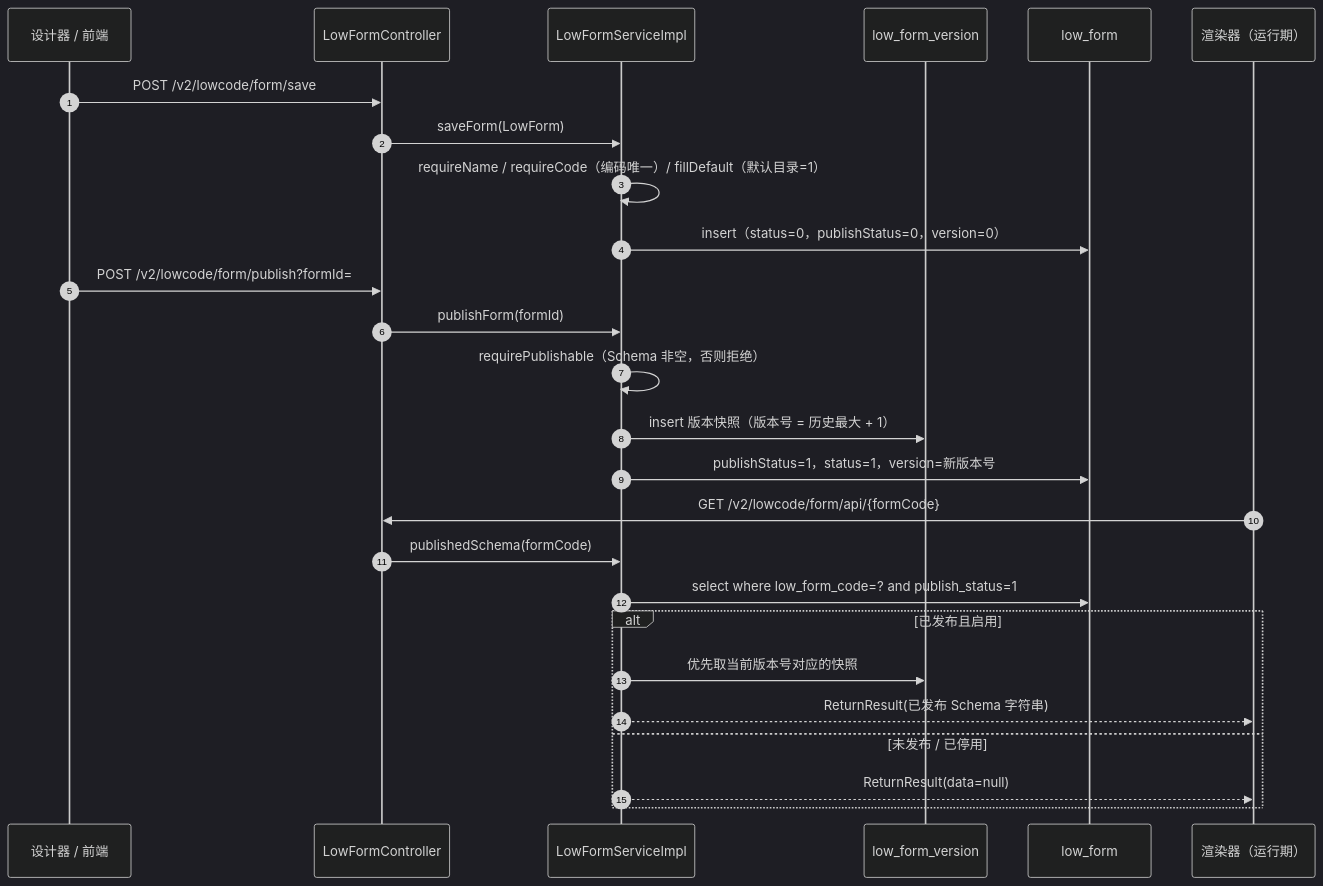
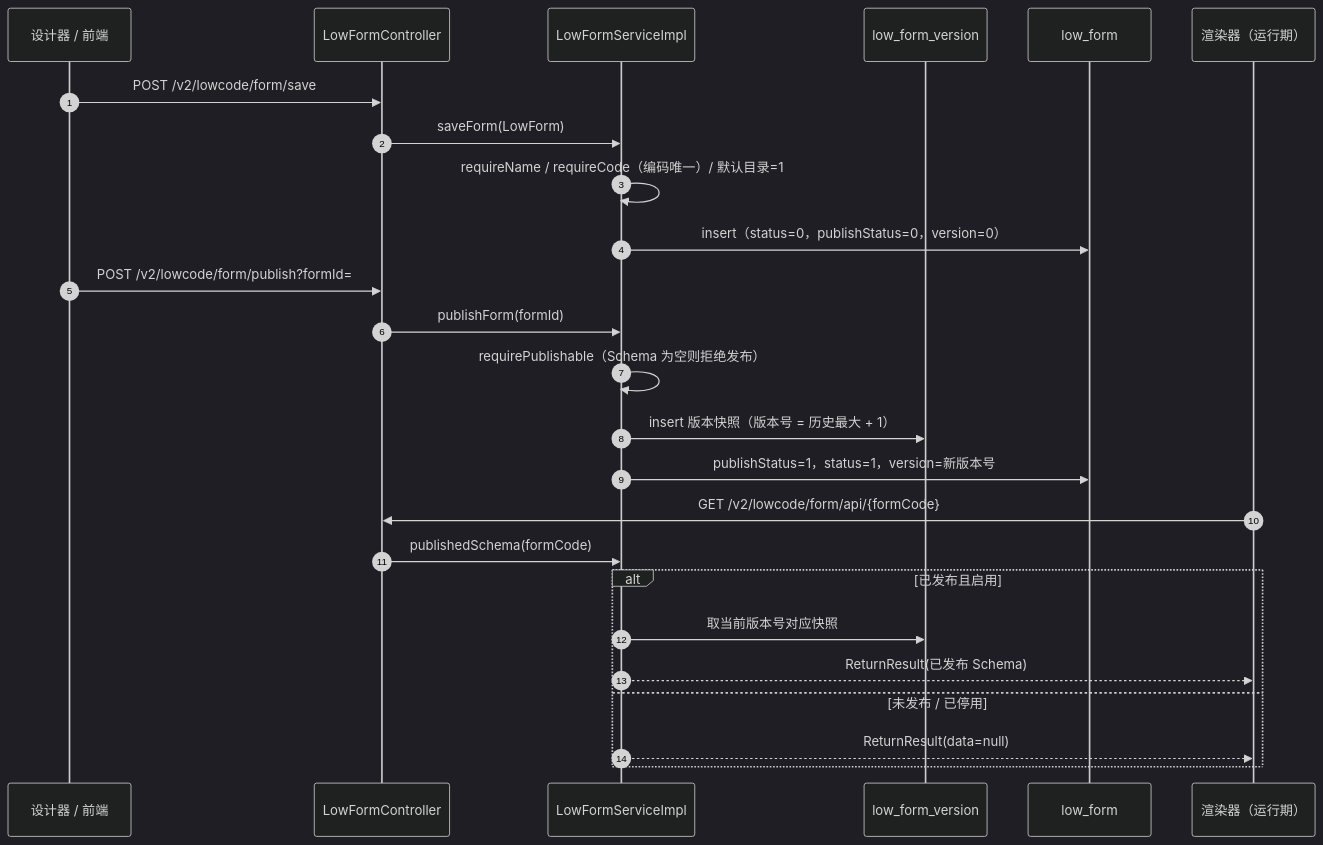
The second of 2 diagrams in spring-support-lowcode-starter/README.md (CHTK001/spring-support-parent-starter), drawn with Mermaid (dark theme) before and after one commit. The commit also changed other lines of this file and 54 other files, not shown here.

````diff
--- a/spring-support-lowcode-starter/README.md
+++ b/spring-support-lowcode-starter/README.md
@@ -86,31 +44,30 @@
 ```mermaid
 sequenceDiagram
     autonumber
     participant D as 设计器 / 前端
-    participant FC as LowFormController
-    participant FS as LowFormServiceImpl
-    participant FV as low_form_version
-    participant FF as low_form
+    participant C as LowFormController
+    participant S as LowFormServiceImpl
+    participant V as low_form_version
+    participant F as low_form
     participant R as 渲染器（运行期）
 
-    D->>FC: POST /v2/lowcode/form/save
-    FC->>FS: saveForm(LowForm)
-    FS->>FS: requireName / requireCode（编码唯一）/ fillDefault（默认目录=1）
-    FS->>FF: insert（status=0，publishStatus=0，version=0）
+    D->>C: POST /v2/lowcode/form/save
+    C->>S: saveForm(LowForm)
+    S->>S: requireName / requireCode（编码唯一）/ 默认目录=1
+    S->>F: insert（status=0，publishStatus=0，version=0）
 
-    D->>FC: POST /v2/lowcode/form/publish?formId=
-    FC->>FS: publishForm(formId)
-    FS->>FS: requirePublishable（Schema 非空，否则拒绝）
-    FS->>FV: insert 版本快照（版本号 = 历史最大 + 1）
-    FS->>FF: publishStatus=1，status=1，version=新版本号
+    D->>C: POST /v2/lowcode/form/publish?formId=
+    C->>S: publishForm(formId)
+    S->>S: requirePublishable（Schema 为空则拒绝发布）
+    S->>V: insert 版本快照（版本号 = 历史最大 + 1）
+    S->>F: publishStatus=1，status=1，version=新版本号
 
-    R->>FC: GET /v2/lowcode/form/api/{formCode}
-    FC->>FS: publishedSchema(formCode)
-    FS->>FF: select where low_form_code=? and publish_status=1
+    R->>C: GET /v2/lowcode/form/api/{formCode}
+    C->>S: publishedSchema(formCode)
     alt 已发布且启用
-        FS->>FV: 优先取当前版本号对应的快照
-        FS-->>R: ReturnResult(已发布 Schema 字符串)
+        S->>V: 取当前版本号对应快照
+        S-->>R: ReturnResult(已发布 Schema)
     else 未发布 / 已停用
-        FS-->>R: ReturnResult(data=null)
+        S-->>R: ReturnResult(data=null)
     end
 ```
````
